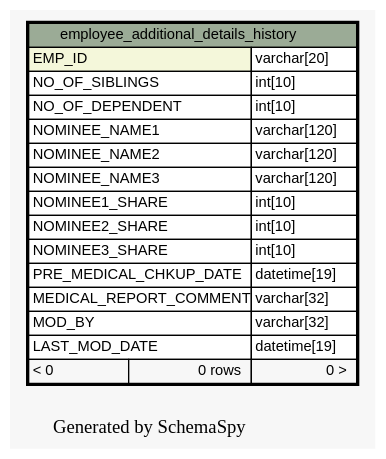
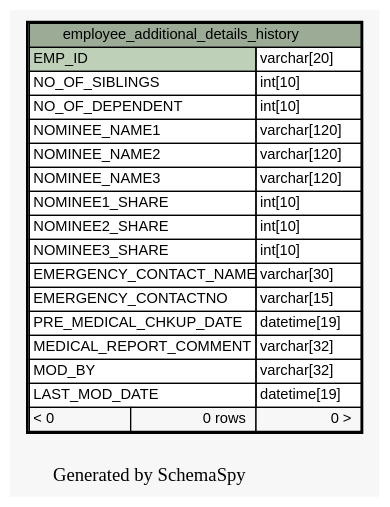
The diagram in docs/database/schemaspy/graphs/employee_additional_details_history.1degree.dot (engineerscraft/hrms), drawn with Graphviz before and after one commit. The commit also changed 104 other files, not shown here.

```diff
--- a/docs/database/schemaspy/graphs/employee_additional_details_history.1degree.dot
+++ b/docs/database/schemaspy/graphs/employee_additional_details_history.1degree.dot
@@ -1,39 +1,41 @@
 // dot 2.38.0 on Windows 7 6.1
 digraph "oneDegreeRelationshipsGraph" {
   graph [
     rankdir="RL"
     bgcolor="#f7f7f7"
     label="\nGenerated by SchemaSpy"
     labeljust="l"
   ];
   node [
     fontname="Helvetica"
     fontsize="11"
     shape="plaintext"
   ];
   edge [
     arrowsize="0.8"
   ];
   "employee_additional_details_history" [
     label=<
     <TABLE BORDER="2" CELLBORDER="1" CELLSPACING="0" BGCOLOR="#ffffff">
       <TR><TD PORT="employee_additional_details_history.heading" COLSPAN="3" BGCOLOR="#9bab96" ALIGN="CENTER">employee_additional_details_history</TD></TR>
-      <TR><TD PORT="EMP_ID" COLSPAN="2" BGCOLOR="#f4f7da" ALIGN="LEFT">EMP_ID</TD><TD PORT="EMP_ID.type" ALIGN="LEFT">varchar[20]</TD></TR>
+      <TR><TD PORT="EMP_ID" COLSPAN="2" BGCOLOR="#bed1b8" ALIGN="LEFT">EMP_ID</TD><TD PORT="EMP_ID.type" ALIGN="LEFT">varchar[20]</TD></TR>
       <TR><TD PORT="NO_OF_SIBLINGS" COLSPAN="2" ALIGN="LEFT">NO_OF_SIBLINGS</TD><TD PORT="NO_OF_SIBLINGS.type" ALIGN="LEFT">int[10]</TD></TR>
       <TR><TD PORT="NO_OF_DEPENDENT" COLSPAN="2" ALIGN="LEFT">NO_OF_DEPENDENT</TD><TD PORT="NO_OF_DEPENDENT.type" ALIGN="LEFT">int[10]</TD></TR>
       <TR><TD PORT="NOMINEE_NAME1" COLSPAN="2" ALIGN="LEFT">NOMINEE_NAME1</TD><TD PORT="NOMINEE_NAME1.type" ALIGN="LEFT">varchar[120]</TD></TR>
       <TR><TD PORT="NOMINEE_NAME2" COLSPAN="2" ALIGN="LEFT">NOMINEE_NAME2</TD><TD PORT="NOMINEE_NAME2.type" ALIGN="LEFT">varchar[120]</TD></TR>
       <TR><TD PORT="NOMINEE_NAME3" COLSPAN="2" ALIGN="LEFT">NOMINEE_NAME3</TD><TD PORT="NOMINEE_NAME3.type" ALIGN="LEFT">varchar[120]</TD></TR>
       <TR><TD PORT="NOMINEE1_SHARE" COLSPAN="2" ALIGN="LEFT">NOMINEE1_SHARE</TD><TD PORT="NOMINEE1_SHARE.type" ALIGN="LEFT">int[10]</TD></TR>
       <TR><TD PORT="NOMINEE2_SHARE" COLSPAN="2" ALIGN="LEFT">NOMINEE2_SHARE</TD><TD PORT="NOMINEE2_SHARE.type" ALIGN="LEFT">int[10]</TD></TR>
       <TR><TD PORT="NOMINEE3_SHARE" COLSPAN="2" ALIGN="LEFT">NOMINEE3_SHARE</TD><TD PORT="NOMINEE3_SHARE.type" ALIGN="LEFT">int[10]</TD></TR>
+      <TR><TD PORT="EMERGENCY_CONTACT_NAME" COLSPAN="2" ALIGN="LEFT">EMERGENCY_CONTACT_NAME</TD><TD PORT="EMERGENCY_CONTACT_NAME.type" ALIGN="LEFT">varchar[30]</TD></TR>
+      <TR><TD PORT="EMERGENCY_CONTACTNO" COLSPAN="2" ALIGN="LEFT">EMERGENCY_CONTACTNO</TD><TD PORT="EMERGENCY_CONTACTNO.type" ALIGN="LEFT">varchar[15]</TD></TR>
       <TR><TD PORT="PRE_MEDICAL_CHKUP_DATE" COLSPAN="2" ALIGN="LEFT">PRE_MEDICAL_CHKUP_DATE</TD><TD PORT="PRE_MEDICAL_CHKUP_DATE.type" ALIGN="LEFT">datetime[19]</TD></TR>
       <TR><TD PORT="MEDICAL_REPORT_COMMENT" COLSPAN="2" ALIGN="LEFT">MEDICAL_REPORT_COMMENT</TD><TD PORT="MEDICAL_REPORT_COMMENT.type" ALIGN="LEFT">varchar[32]</TD></TR>
       <TR><TD PORT="MOD_BY" COLSPAN="2" ALIGN="LEFT">MOD_BY</TD><TD PORT="MOD_BY.type" ALIGN="LEFT">varchar[32]</TD></TR>
       <TR><TD PORT="LAST_MOD_DATE" COLSPAN="2" ALIGN="LEFT">LAST_MOD_DATE</TD><TD PORT="LAST_MOD_DATE.type" ALIGN="LEFT">datetime[19]</TD></TR>
       <TR><TD ALIGN="LEFT" BGCOLOR="#f7f7f7">&lt; 0</TD><TD ALIGN="RIGHT" BGCOLOR="#f7f7f7">0 rows</TD><TD ALIGN="RIGHT" BGCOLOR="#f7f7f7">0 &gt;</TD></TR>
     </TABLE>>
     URL="employee_additional_details_history.html#"
     tooltip="employee_additional_details_history"
   ];
 }
```
